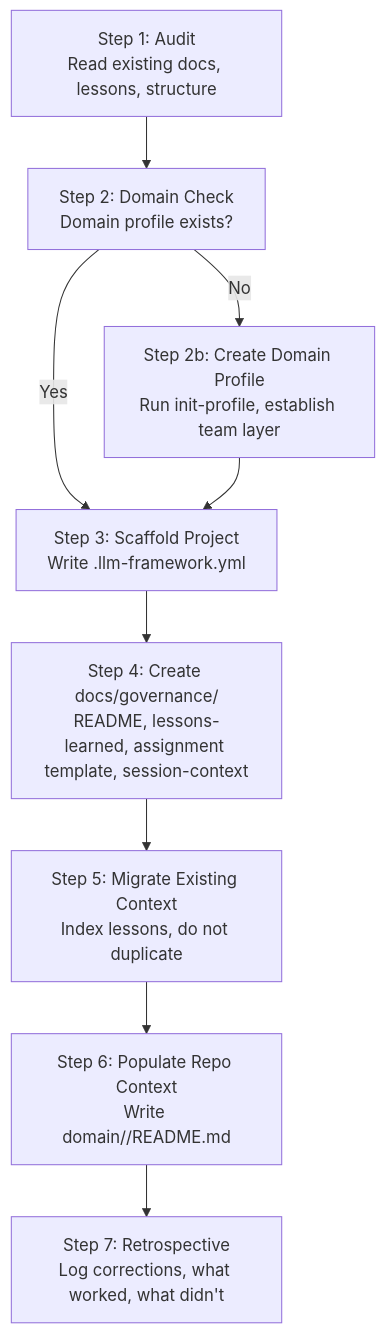
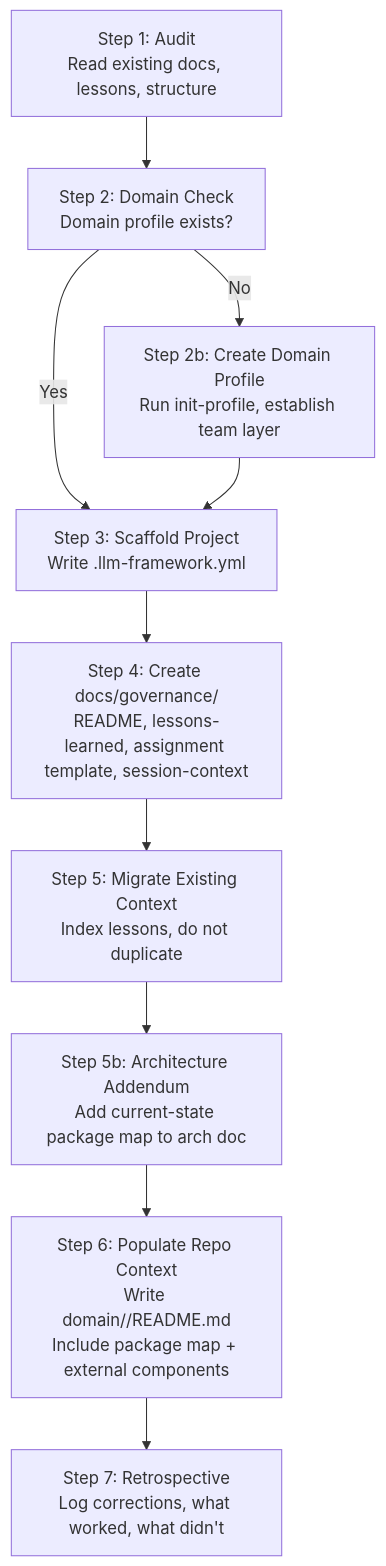
The diagram in governance/workflows/retrofit-existing-project.md (digital-michael/llm-agent-framework), drawn with Mermaid before and after one commit. The commit also changed other lines of this file, not shown here.

````diff
--- a/governance/workflows/retrofit-existing-project.md
+++ b/governance/workflows/retrofit-existing-project.md
@@ -15,11 +15,12 @@
 ```mermaid
 flowchart TD
   A[Step 1: Audit\nRead existing docs, lessons, structure] --> B[Step 2: Domain Check\nDomain profile exists?]
   B --> |No| C[Step 2b: Create Domain Profile\nRun init-profile, establish team layer]
   B --> |Yes| D[Step 3: Scaffold Project\nWrite .llm-framework.yml]
   C --> D
   D --> E[Step 4: Create docs/governance/\nREADME, lessons-learned, assignment template, session-context]
   E --> F[Step 5: Migrate Existing Context\nIndex lessons, do not duplicate]
-  F --> G[Step 6: Populate Repo Context\nWrite domain/<repo-name>/README.md]
+  F --> F2[Step 5b: Architecture Addendum\nAdd current-state package map to arch doc]
+  F2 --> G[Step 6: Populate Repo Context\nWrite domain/<repo-name>/README.md\nInclude package map + external components]
   G --> H[Step 7: Retrospective\nLog corrections, what worked, what didn't]
 ```
````
